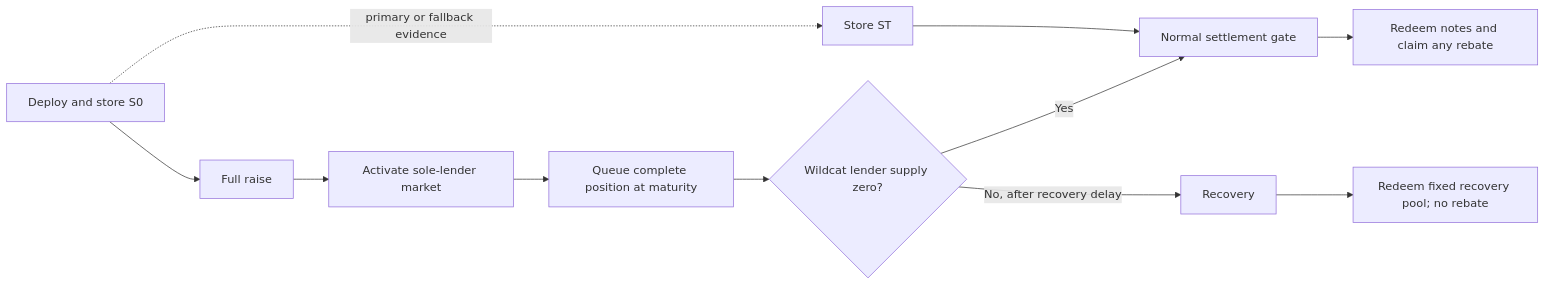
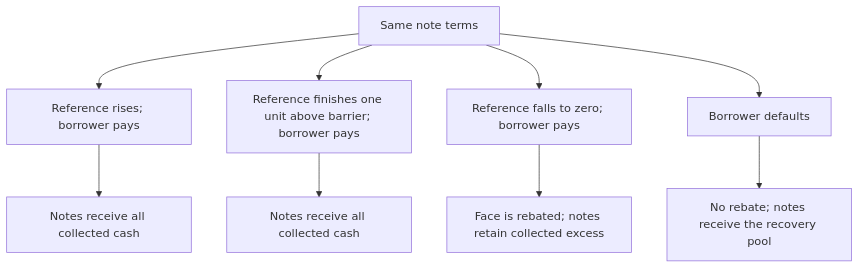
One commit to laurenceday/brc-research changed the third of 6 diagrams in docs/bd/infographics.md. Above: the diagram before and after it, drawn with Mermaid. The commit also changed other lines of this file and 25 other files, not shown here.

````diff
--- a/docs/bd/infographics.md
+++ b/docs/bd/infographics.md
@@ -38,13 +59,11 @@
 ```mermaid
-flowchart LR
-  D[Deploy and store S0] --> F[Full raise]
-  F --> A[Activate sole-lender market]
-  A --> Q[Queue complete position at maturity]
-  D -. primary or fallback evidence .-> O[Store ST]
-  Q --> P{Wildcat lender supply zero?}
-  O --> N[Normal settlement gate]
-  P -->|Yes| N
-  P -->|No, after recovery delay| R[Recovery]
-  N --> X[Redeem notes and claim any rebate]
-  R --> Y[Redeem fixed recovery pool; no rebate]
+flowchart TB
+  S[Same note terms] --> H[Reference rises; borrower pays]
+  S --> T[Reference finishes one unit above barrier; borrower pays]
+  S --> C[Reference falls to zero; borrower pays]
+  S --> D[Borrower defaults]
+  H --> H1[Notes receive all collected cash]
+  T --> T1[Notes receive all collected cash]
+  C --> C1[Face is rebated; notes retain collected excess]
+  D --> D1[No rebate; notes receive the recovery pool]
 ```
````
